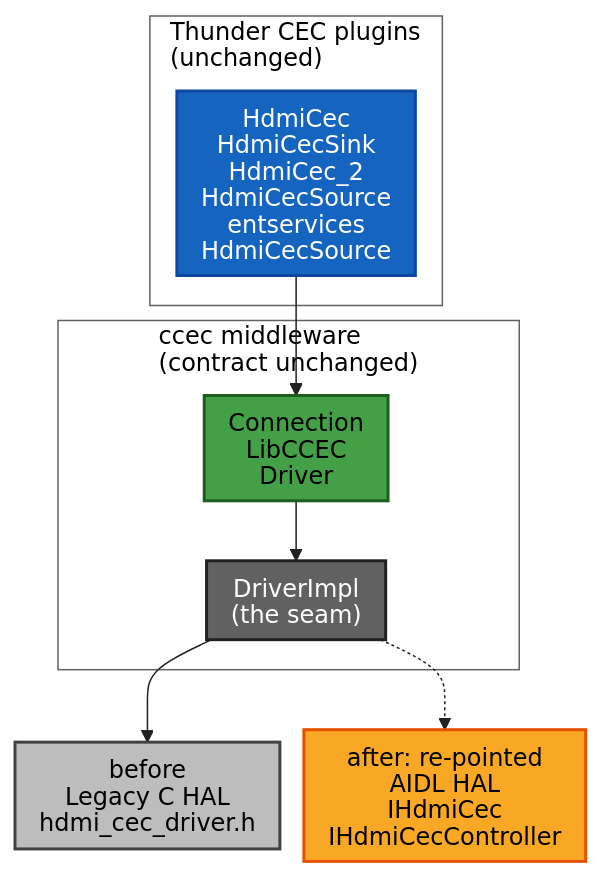
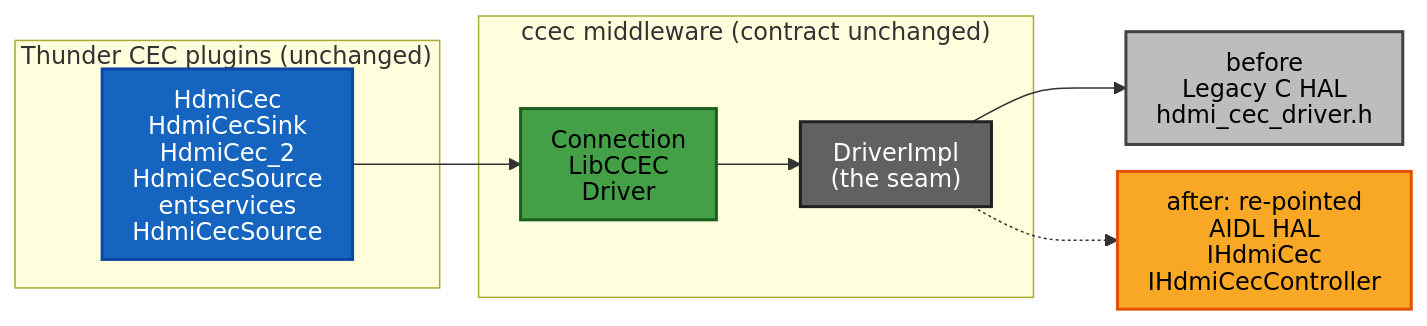
One commit to Blitzy-Sky/rdk-halif-aidl changed the first of 3 diagrams in hdmicec/current/docs/migration_mapping.md. Above: the diagram before and after it, drawn with Mermaid. The commit also changed other lines of this file and 7 other files, not shown here.

````diff
--- a/hdmicec/current/docs/migration_mapping.md
+++ b/hdmicec/current/docs/migration_mapping.md
@@ -71,31 +75,28 @@
 ```mermaid
-%%{init: {"theme":"default","htmlLabels":false,"themeVariables":{"textColor":"#000000","clusterBkg":"#FFFFFF","clusterBorder":"#616161","lineColor":"#212121"},"flowchart":{"htmlLabels":false,"nodeSpacing":16,"rankSpacing":40,"padding":8,"subGraphTitleMargin":{"top":0,"bottom":30},"diagramPadding":4}}}%%
-flowchart TD
+%%{init: {"htmlLabels":false,"flowchart":{"htmlLabels":false,"nodeSpacing":18,"rankSpacing":56,"padding":10,"diagramPadding":8}}}%%
+flowchart LR
     accTitle: Before and after the DriverImpl seam re-point
     accDescr: The five Thunder CEC plugins call the ccec public contract of Connection, LibCCEC and Driver, which calls DriverImpl, the seam. DriverImpl binds to the legacy C HAL hdmi_cec_driver.h today, drawn as a solid edge labelled before, and binds to the AIDL HAL interfaces IHdmiCec and IHdmiCecController after migration, drawn as a dotted edge labelled after, re-pointed. Only that one binding changes: the plugin layer and the ccec contract layer are untouched.
-    subgraph PLUGINS["Thunder CEC plugins<br/>(unchanged)"]
+    subgraph PLUGINS["Thunder CEC plugins (unchanged)"]
         P["HdmiCec<br/>HdmiCecSink<br/>HdmiCec_2<br/>HdmiCecSource<br/>entservices<br/>HdmiCecSource"]
     end
-    subgraph CCEC["ccec middleware<br/>(contract unchanged)"]
+    subgraph CCEC["ccec middleware (contract unchanged)"]
         CONN["Connection<br/>LibCCEC<br/>Driver"]
         DRV["DriverImpl<br/>(the seam)"]
     end
     OLD["before<br/>Legacy C HAL<br/>hdmi_cec_driver.h"]
     NEW["after: re-pointed<br/>AIDL HAL<br/>IHdmiCec<br/>IHdmiCecController"]
     P --> CONN --> DRV
     DRV --> OLD
     DRV -.-> NEW
     classDef plugin fill:#1565C0,stroke:#0D47A1,stroke-width:2px,color:#FFFFFF;
     classDef mw fill:#43A047,stroke:#1B5E20,stroke-width:2px,color:#000000;
     classDef seam fill:#616161,stroke:#212121,stroke-width:2px,color:#FFFFFF;
     classDef legacy fill:#BDBDBD,stroke:#424242,stroke-width:2px,color:#000000;
     classDef aidl fill:#F9A825,stroke:#E65100,stroke-width:2px,color:#000000;
-    classDef group fill:#FFFFFF,stroke:#616161,stroke-width:1px,color:#000000;
     P:::plugin
     CONN:::mw
     DRV:::seam
     OLD:::legacy
     NEW:::aidl
-    PLUGINS:::group
-    CCEC:::group
 ```
````
